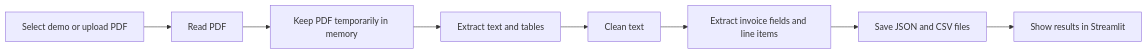
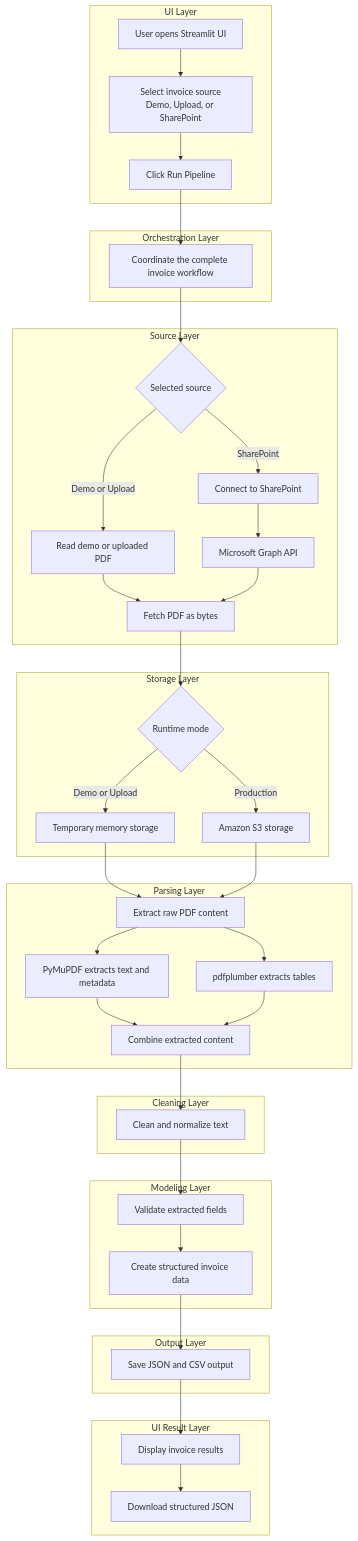
One commit to sunnysavita10/data-parsing changed the diagram in README.md. Above: the diagram before and after it, drawn with Mermaid. The commit also changed other lines of this file and 1 other file, not shown here.

````diff
--- a/README.md
+++ b/README.md
@@ -8,10 +8,67 @@
 ```mermaid
-flowchart LR
-    A[Select demo or upload PDF] --> B[Read PDF]
-    B --> C[Keep PDF temporarily in memory]
-    C --> D[Extract text and tables]
-    D --> E[Clean text]
-    E --> F[Extract invoice fields and line items]
-    F --> G[Save JSON and CSV files]
-    G --> H[Show results in Streamlit]
+flowchart TD
+    subgraph UI_START[UI Layer]
+        A[User opens Streamlit UI]
+        B[Select invoice source<br/>Demo, Upload, or SharePoint]
+        C[Click Run Pipeline]
+        A --> B --> C
+    end
+
+    subgraph ORCHESTRATION[Orchestration Layer]
+        D[Coordinate the complete invoice workflow]
+    end
+
+    subgraph SOURCE[Source Layer]
+        E{Selected source}
+        F[Read demo or uploaded PDF]
+        G[Connect to SharePoint]
+        H[Microsoft Graph API]
+        I[Fetch PDF as bytes]
+        E -->|Demo or Upload| F --> I
+        E -->|SharePoint| G --> H --> I
+    end
+
+    subgraph STORAGE[Storage Layer]
+        J{Runtime mode}
+        K[Temporary memory storage]
+        L[Amazon S3 storage]
+        J -->|Demo or Upload| K
+        J -->|Production| L
+    end
+
+    subgraph PARSING[Parsing Layer]
+        M[Extract raw PDF content]
+        N[PyMuPDF extracts text and metadata]
+        O[pdfplumber extracts tables]
+        P[Combine extracted content]
+        M --> N --> P
+        M --> O --> P
+    end
+
+    subgraph CLEANING[Cleaning Layer]
+        Q[Clean and normalize text]
+    end
+
+    subgraph MODELING[Modeling Layer]
+        R[Validate extracted fields]
+        S[Create structured invoice data]
+        R --> S
+    end
+
+    subgraph OUTPUT[Output Layer]
+        T[Save JSON and CSV output]
+    end
+
+    subgraph UI_END[UI Result Layer]
+        U[Display invoice results]
+        V[Download structured JSON]
+        U --> V
+    end
+
+    C --> D --> E
+    I --> J
+    K --> M
+    L --> M
+    P --> Q --> R
+    S --> T --> U
 ```
````
